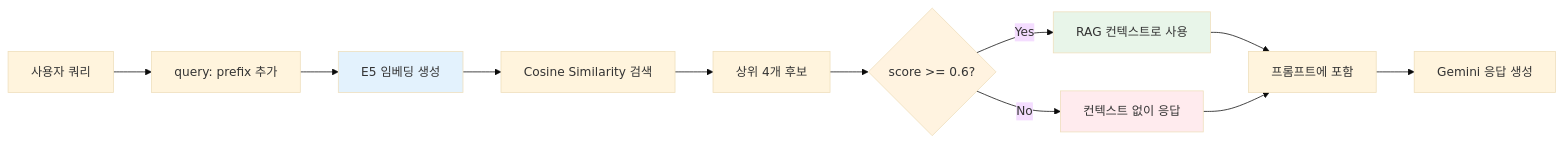
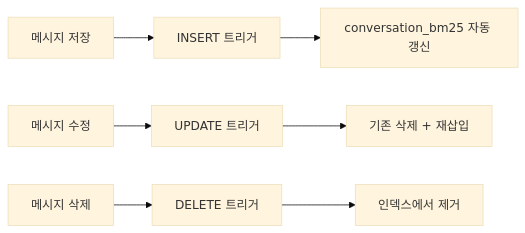
The third of 5 diagrams in README.md (kim0040/masamong), drawn with Mermaid (base theme) before and after one commit. The commit also changed other lines of this file, not shown here.

First line of the commit message:
docs: README 문서 전면 개편 - CometAPI, BM25 하이브리드 검색, E5 임베딩 상세 설명 추가

````diff
--- a/README.md
+++ b/README.md
@@ -405,21 +175,11 @@
 ```mermaid
 graph LR
-    A[사용자 쿼리] --> B["query:" prefix 추가]
-    B --> C[E5 임베딩 생성]
+    A[메시지 저장] --> B[INSERT 트리거]
+    B --> C[conversation_bm25 자동 갱신]
     
-    C --> D[Cosine Similarity 검색]
-    D --> E[상위 4개 후보]
+    D[메시지 수정] --> E[UPDATE 트리거]
+    E --> F[기존 삭제 + 재삽입]
     
-    E --> F{score >= 0.6?}
-    F -->|Yes| G[RAG 컨텍스트로 사용]
-    F -->|No| H[컨텍스트 없이 응답]
-    
-    G --> I[프롬프트에 포함]
-    H --> I
-    I --> J[Gemini 응답 생성]
-    
-    style C fill:#e3f2fd
-    style F fill:#fff3e0
-    style G fill:#e8f5e9
-    style H fill:#ffebee
+    G[메시지 삭제] --> H[DELETE 트리거]
+    H --> I[인덱스에서 제거]
 ```
````
